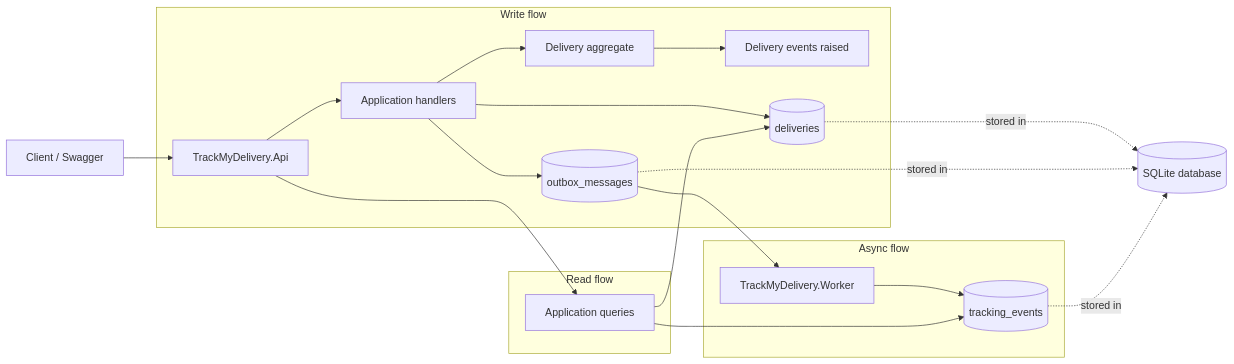
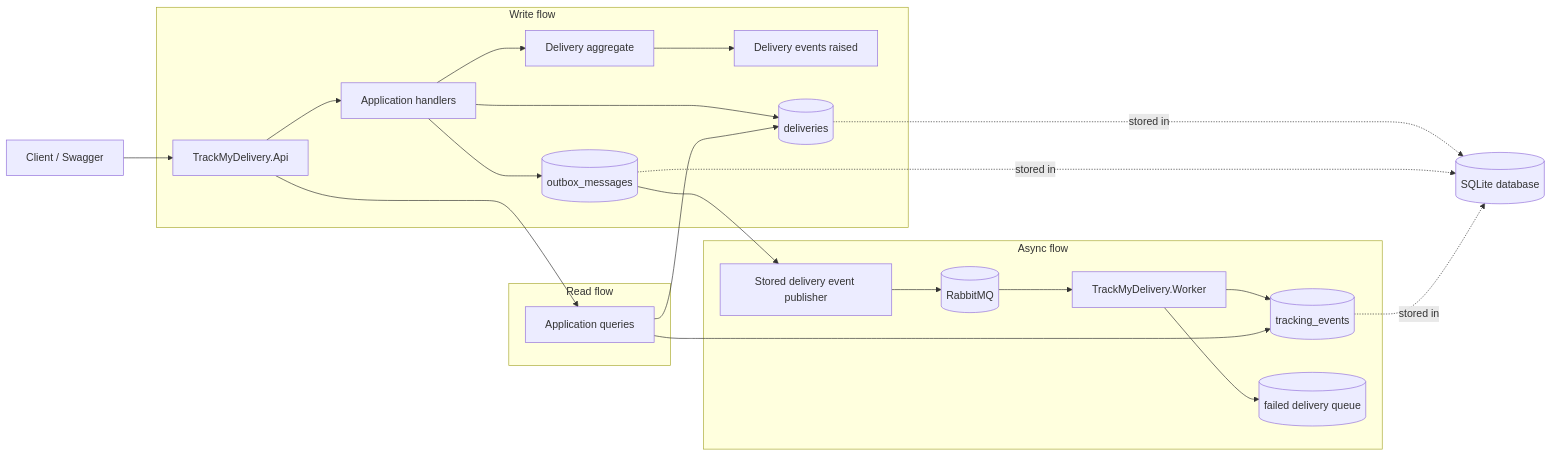
The first of 2 diagrams in README.md (zanworkingremotely/enterprise-distributed-architecture), drawn with Mermaid before and after one commit. The commit also changed other lines of this file and 9 other files, not shown here.

First line of the commit message:
Add dead-letter handling for delivery messages

````diff
--- a/README.md
+++ b/README.md
@@ -30,27 +31,30 @@
 ```mermaid
 flowchart LR
     Client["Client / Swagger"] --> Api["TrackMyDelivery.Api"]
 
     subgraph WriteFlow["Write flow"]
         Api --> App["Application handlers"]
         App --> Domain["Delivery aggregate"]
         Domain --> Events["Delivery events raised"]
         App --> DeliveryStore[("deliveries")]
-        App --> EventStore[("outbox_messages")]
+        App --> StoredEvents[("outbox_messages")]
     end
 
     subgraph AsyncFlow["Async flow"]
-        EventStore --> Worker["TrackMyDelivery.Worker"]
+        StoredEvents --> Publisher["Stored delivery event publisher"]
+        Publisher --> Broker[("RabbitMQ")]
+        Broker --> Worker["TrackMyDelivery.Worker"]
         Worker --> TimelineStore[("tracking_events")]
+        Worker --> FailedEvents[("failed delivery queue")]
     end
 
     subgraph ReadFlow["Read flow"]
         Api --> QueryHandlers["Application queries"]
         QueryHandlers --> TimelineStore
         QueryHandlers --> DeliveryStore
     end
 
     DeliveryStore -. stored in .-> Sqlite[("SQLite database")]
-    EventStore -. stored in .-> Sqlite
+    StoredEvents -. stored in .-> Sqlite
     TimelineStore -. stored in .-> Sqlite
 ```
````
